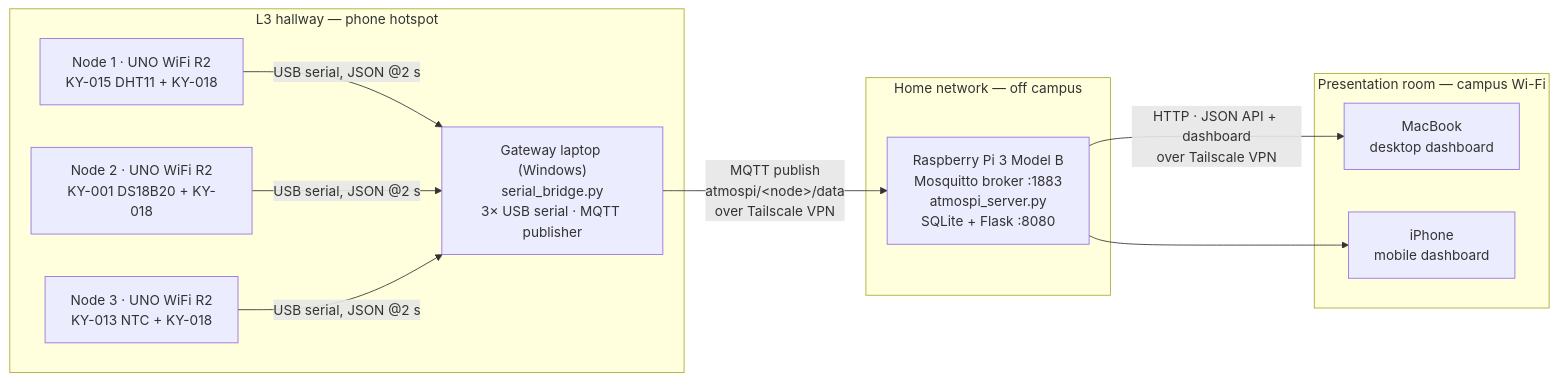
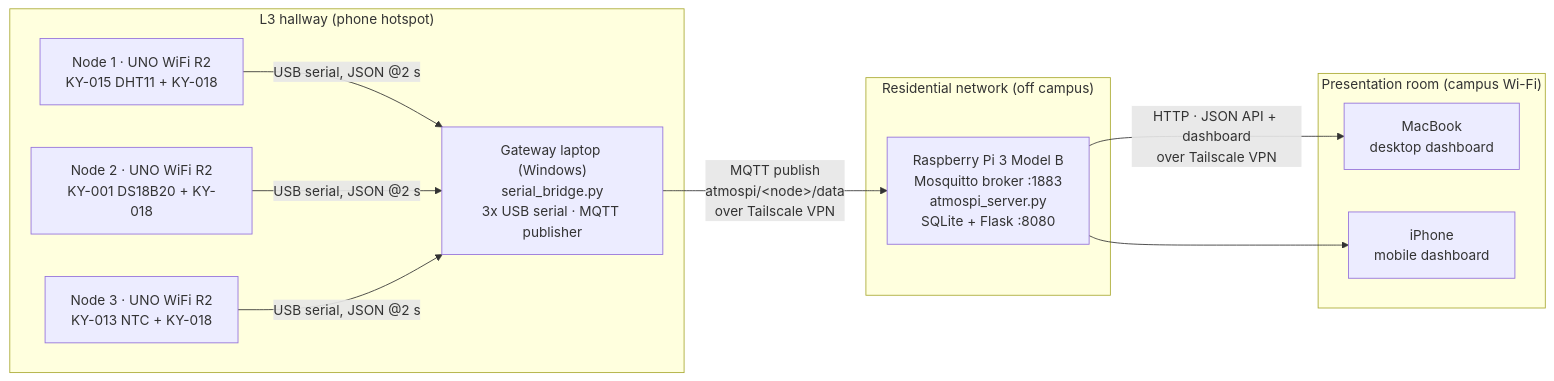
One commit to Oluwasholape/SS2026_AES_LAB_GROUP_A2 changed the first of 2 diagrams in project/README.md. Above: the diagram before and after it, drawn with Mermaid. The commit also changed other lines of this file, not shown here.

````diff
--- a/project/README.md
+++ b/project/README.md
@@ -41,25 +41,25 @@
 ```mermaid
 flowchart LR
-  subgraph Z1["L3 hallway — phone hotspot"]
+  subgraph Z1["L3 hallway (phone hotspot)"]
     A1["Node 1 · UNO WiFi R2<br/>KY-015 DHT11 + KY-018"]
     A2["Node 2 · UNO WiFi R2<br/>KY-001 DS18B20 + KY-018"]
     A3["Node 3 · UNO WiFi R2<br/>KY-013 NTC + KY-018"]
-    GW["Gateway laptop (Windows)<br/>serial_bridge.py<br/>3× USB serial · MQTT publisher"]
+    GW["Gateway laptop (Windows)<br/>serial_bridge.py<br/>3x USB serial · MQTT publisher"]
     A1 -- "USB serial, JSON @2 s" --> GW
     A2 -- "USB serial, JSON @2 s" --> GW
     A3 -- "USB serial, JSON @2 s" --> GW
   end
 
-  subgraph Z2["Home network — off campus"]
+  subgraph Z2["Residential network (off campus)"]
     PI["Raspberry Pi 3 Model B<br/>Mosquitto broker :1883<br/>atmospi_server.py<br/>SQLite + Flask :8080"]
   end
 
-  subgraph Z3["Presentation room — campus Wi-Fi"]
+  subgraph Z3["Presentation room (campus Wi-Fi)"]
     MB["MacBook<br/>desktop dashboard"]
     IP["iPhone<br/>mobile dashboard"]
   end
 
   GW -- "MQTT publish<br/>atmospi/&lt;node&gt;/data<br/>over Tailscale VPN" --> PI
   PI -- "HTTP · JSON API + dashboard<br/>over Tailscale VPN" --> MB
   PI -- " " --> IP
 ```
````
